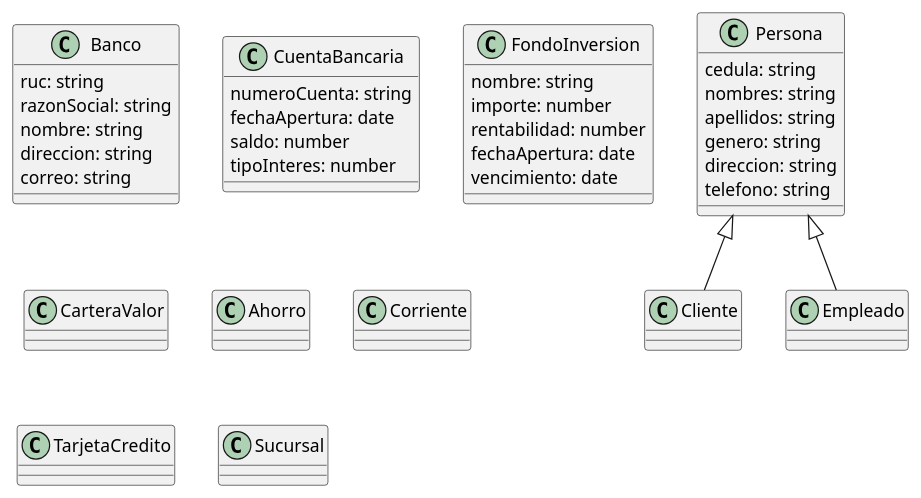
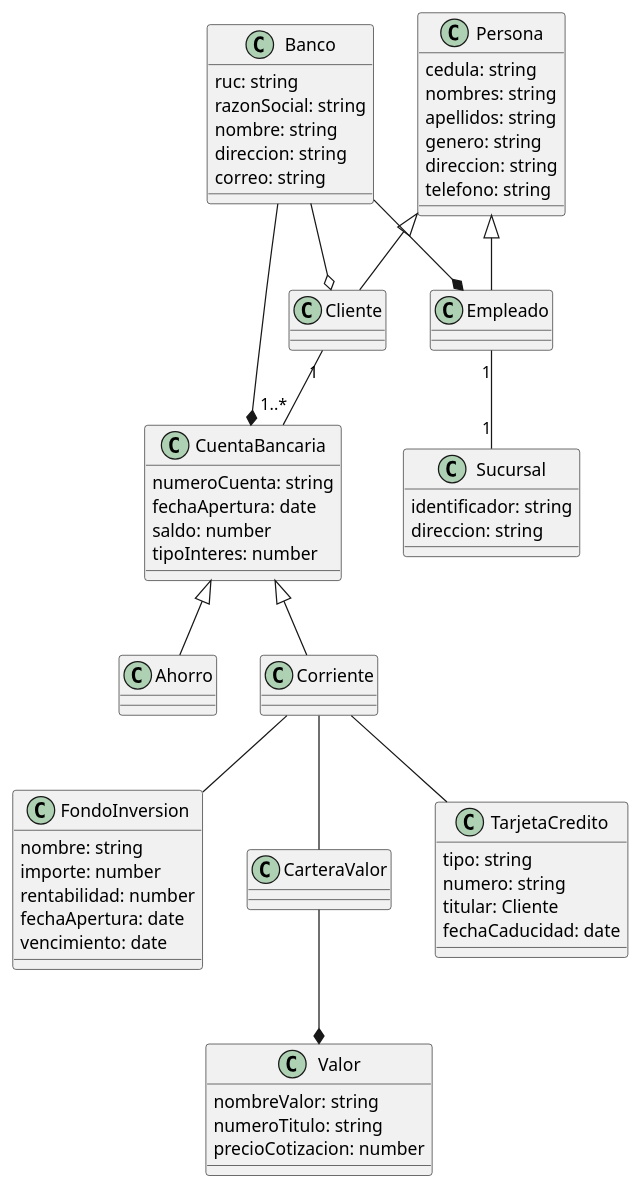
The diagram in 2do-parcial/caso-estudio-gestion-bancaria/modelo-dominio/gestion-bancaria.puml (Eguamanu86/Curso-Estructura-de-Datos-UNEMI), drawn with PlantUML before and after one commit. The commit also changed 1 other file, not shown here.

```diff
--- a/2do-parcial/caso-estudio-gestion-bancaria/modelo-dominio/gestion-bancaria.puml
+++ b/2do-parcial/caso-estudio-gestion-bancaria/modelo-dominio/gestion-bancaria.puml
@@ -1,48 +1,83 @@
 @startuml
 class Banco{
     ruc: string
     razonSocial: string
     nombre: string
     direccion: string
     correo: string
 }
 
 class Persona{
     cedula: string
     nombres: string
     apellidos: string
     genero: string
     direccion: string
     telefono: string
 }
 
 class Cliente{}
 class Empleado{}
 
 class CuentaBancaria{
     numeroCuenta: string
     fechaApertura: date
     saldo: number
     tipoInteres: number
 }
 
 class FondoInversion{
     nombre: string
     importe: number
     rentabilidad: number
     fechaApertura: date
     vencimiento: date
 }
 
 class CarteraValor{
 
 }
+
+Class Valor{
+    nombreValor: string
+    numeroTitulo: string
+    precioCotizacion: number
+}
+
 class Ahorro{}
 class Corriente{}
-class TarjetaCredito{}
-class Sucursal{}
+
+
+class TarjetaCredito{
+    tipo: string
+    numero: string
+    titular: Cliente
+    fechaCaducidad: date
+}
+
+class Sucursal{
+    identificador: string
+    direccion: string
+}
 
 Persona <|-- Cliente
 Persona <|-- Empleado
 
+
+CuentaBancaria <|-- Ahorro
+CuentaBancaria <|-- Corriente
+
+
+Cliente "1" -- "1..*" CuentaBancaria
+Corriente  -- TarjetaCredito
+Corriente  -- FondoInversion
+Corriente  -- CarteraValor
+
+Empleado "1" -- "1" Sucursal
+CarteraValor --* Valor
+
+Banco --* CuentaBancaria
+Banco --o Cliente
+Banco --* Empleado
+
 @enduml
```
